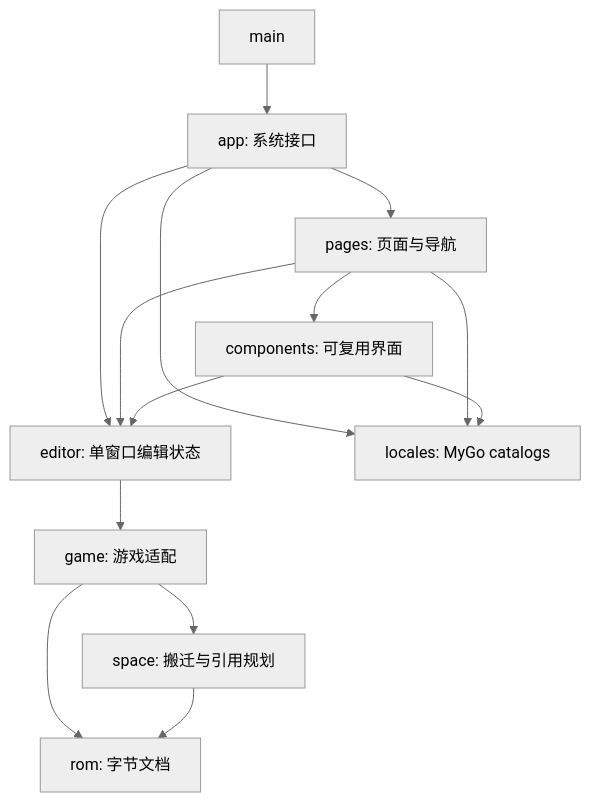
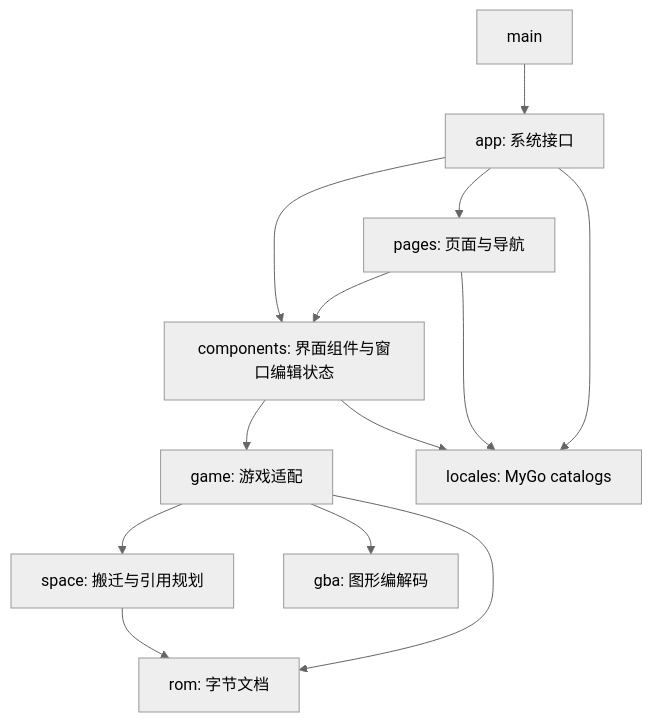
Before and after one commit to woxQAQ/febuildergba-mygo: the diagram in febuildergba-go/README.md, drawn with Mermaid (neutral theme). The commit also changed other lines of this file and 131 other files, not shown here.

````diff
--- a/febuildergba-go/README.md
+++ b/febuildergba-go/README.md
@@ -100,16 +127,15 @@
 ```mermaid
 flowchart TD
     Main[main] --> App[app: 系统接口]
     App --> Pages[pages: 页面与导航]
-    Pages --> Components[components: 可复用界面]
-    App --> Editor[editor: 单窗口编辑状态]
-    Pages --> Editor
-    Components --> Editor
-    Editor --> Game[game: 游戏适配]
+    Pages --> Components[components: 界面组件与窗口编辑状态]
+    App --> Components
+    Components --> Game[game: 游戏适配]
     Game --> ROM[rom: 字节文档]
     Game --> Space[space: 搬迁与引用规划]
+    Game --> GBA[gba: 图形编解码]
     Space --> ROM
     App --> Locales[locales: MyGo catalogs]
     Pages --> Locales
     Components --> Locales
 ```
````
